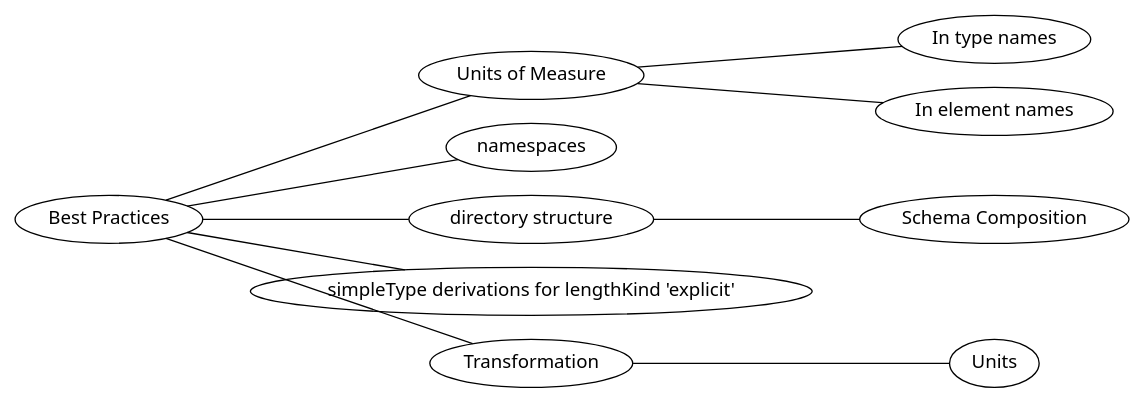
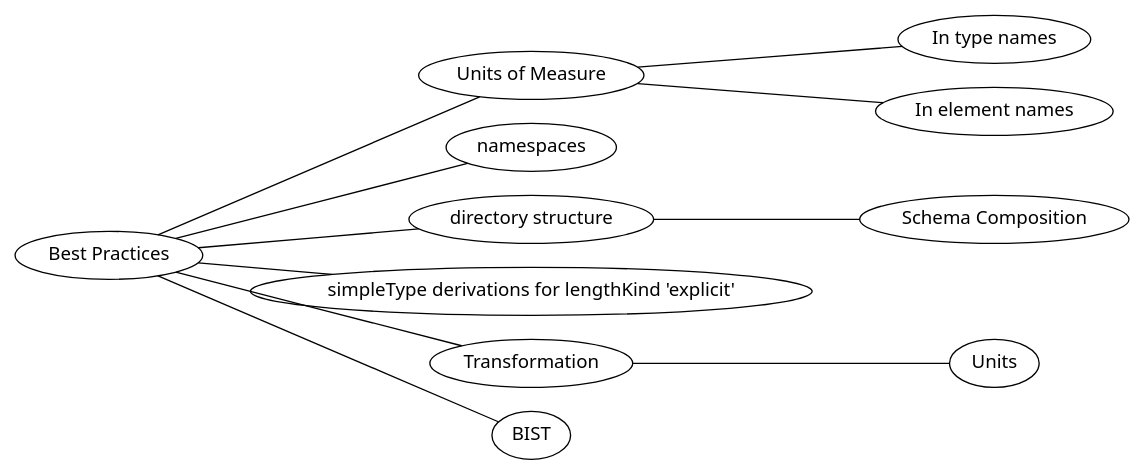
Before and after one commit to mbeckerle/daffodil-site: the fourth of 4 diagrams in site/dev/design-notes/data-format-outline.adoc, drawn with Graphviz. The commit also changed other lines of this file, not shown here.

```diff
--- a/site/dev/design-notes/data-format-outline.adoc
+++ b/site/dev/design-notes/data-format-outline.adoc
@@ -321,23 +320,24 @@
 [graphviz,"dataFormat4",svg,svg-type=inline]
 ....
 digraph dataFormat4 {
 // size = "7.5,10"
 center=1
 overlap=scale
 splines=false
 root="Advanced"
 rankdir=LR
 edge [dir=none]
 node [fontname="Noto Sans"]
 
 B [ label="Best Practices" ]
 B -> "Units of Measure" -> "In type names"
 "Units of Measure" -> "In element names"
 B -> namespaces
 B -> "directory structure" -> "Schema Composition"
 B -> "simpleType derivations for lengthKind 'explicit'"
 B -> "Transformation" -> Units
+B -> BIST
 
 }
 
 ....
```
